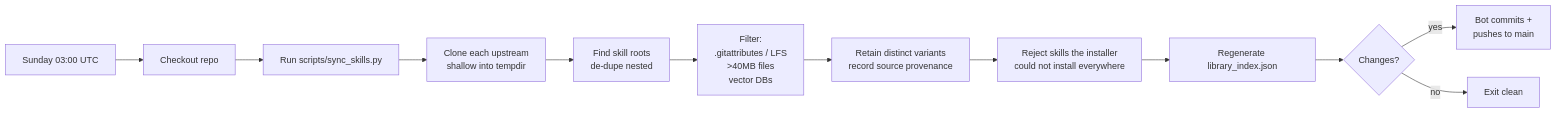
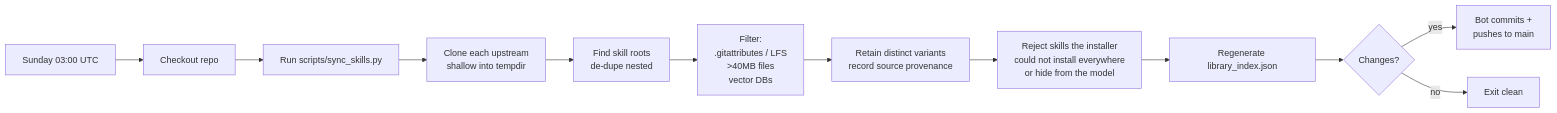
Before and after one commit to FridrichMethod/awesome-skills: the diagram in README.md, drawn with Mermaid. The commit also changed other lines of this file and 2 other files, not shown here.

Commit message:
docs: describe the sync's frontmatter, hiding and reserved-ID rules
CHANGELOG [Unreleased]: the column-0 frontmatter fix and migration, the
quoting fixes, --sanitize-only keeping provenance in step, the hiding
checks, the reserved Codex system names with the skill-creator move,
and the opt-in claude validation test. CONTRIBUTING: what
--sanitize-only does on the library and how to run the opt-in test.
README: reserved IDs in the sync note and the hiding check in the sync
flowchart.

````diff
--- a/README.md
+++ b/README.md
@@ -284,14 +284,14 @@
 ```mermaid
 flowchart LR
     A[Sunday 03:00 UTC] --> B[Checkout repo]
     B --> C[Run scripts/sync_skills.py]
     C --> D[Clone each upstream<br/>shallow into tempdir]
     D --> E[Find skill roots<br/>de-dupe nested]
     E --> F[Filter:<br/>.gitattributes / LFS<br/>>40MB files<br/>vector DBs]
     F --> G[Retain distinct variants<br/>record source provenance]
-    G --> G1[Reject skills the installer<br/>could not install everywhere]
+    G --> G1[Reject skills the installer<br/>could not install everywhere<br/>or hide from the model]
     G1 --> G2[Regenerate library_index.json]
     G2 --> H{Changes?}
     H -- yes --> I[Bot commits +<br/>pushes to main]
     H -- no --> J[Exit clean]
 ```
````
